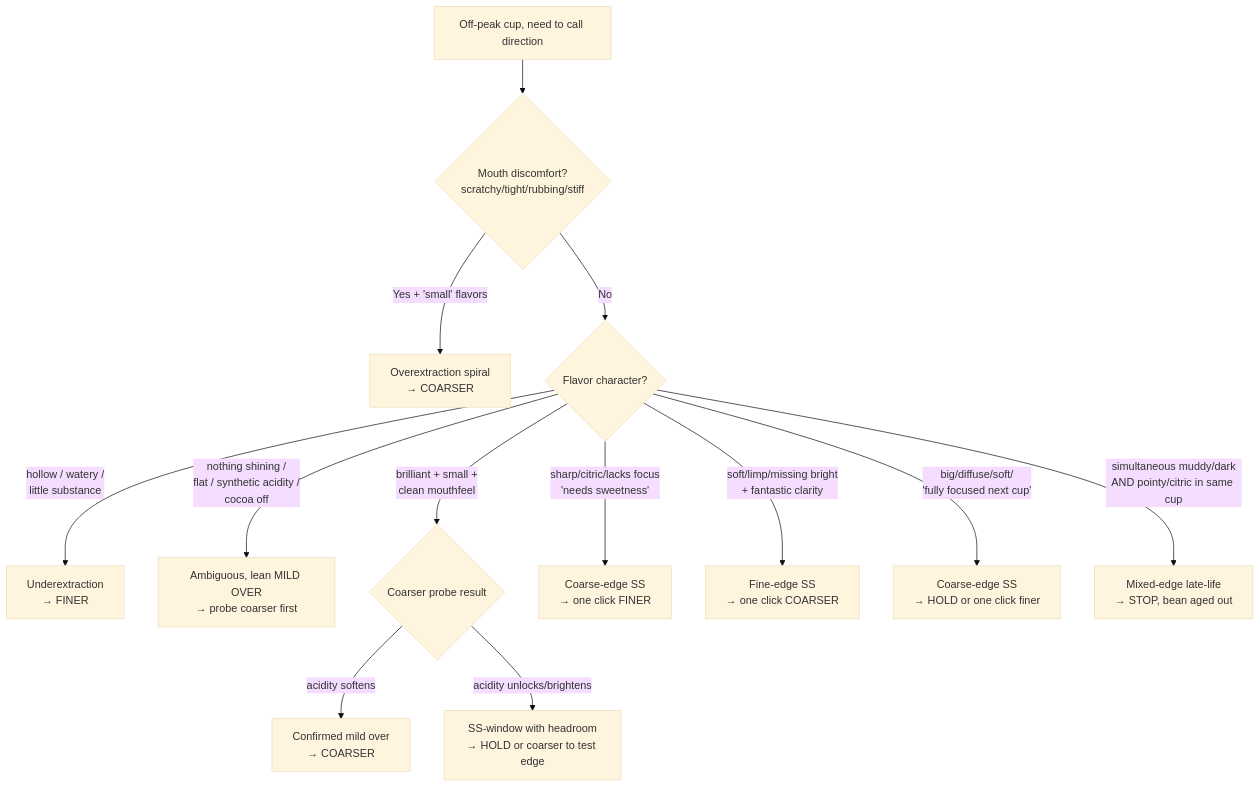
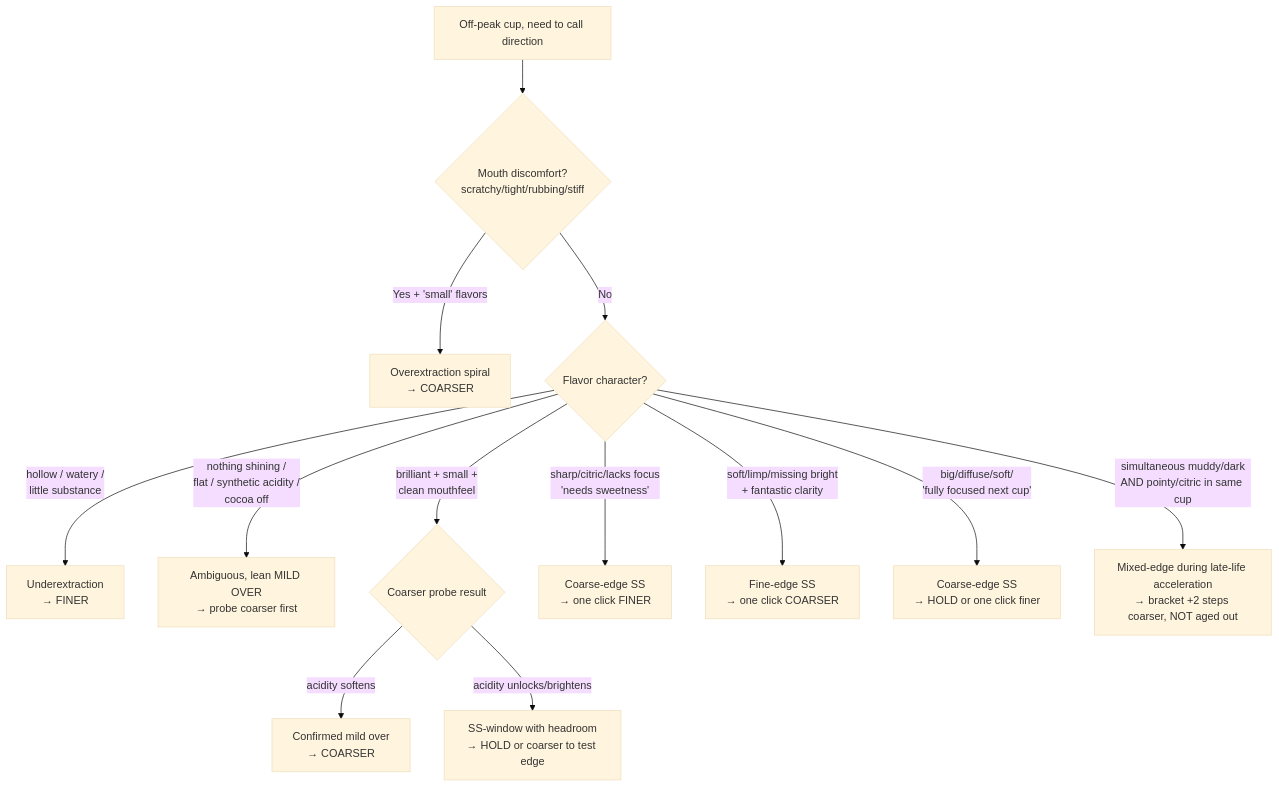
The fifth of 6 diagrams in joshua-martin/profile.md (manuscriptmastr/coffee-journal), drawn with Mermaid (base theme) before and after one commit. The commit also changed other lines of this file and 2 other files, not shown here.

Commit message:
Confirm Hydrangea late-life regime shift (Day 27+) at ~0.038/day; retract Pena 'aged out' verdict; clarify per-journal Day-counting convention

````diff
--- a/joshua-martin/profile.md
+++ b/joshua-martin/profile.md
@@ -334,15 +338,15 @@
 ```mermaid
 flowchart TD
     A[Off-peak cup, need to call direction] --> B{Mouth discomfort?<br/>scratchy/tight/rubbing/stiff}
     B -->|Yes + 'small' flavors| C[Overextraction spiral<br/>→ COARSER]
     B -->|No| D{Flavor character?}
     D -->|hollow / watery /<br/>little substance| E[Underextraction<br/>→ FINER]
     D -->|nothing shining /<br/>flat / synthetic acidity /<br/>cocoa off| F[Ambiguous, lean MILD OVER<br/>→ probe coarser first]
     D -->|brilliant + small +<br/>clean mouthfeel| G{Coarser probe result}
     G -->|acidity softens| H[Confirmed mild over<br/>→ COARSER]
     G -->|acidity unlocks/brightens| I[SS-window with headroom<br/>→ HOLD or coarser to test edge]
     D -->|sharp/citric/lacks focus<br/>'needs sweetness'| J[Coarse-edge SS<br/>→ one click FINER]
     D -->|soft/limp/missing bright<br/>+ fantastic clarity| K[Fine-edge SS<br/>→ one click COARSER]
     D -->|big/diffuse/soft/<br/>'fully focused next cup'| L[Coarse-edge SS<br/>→ HOLD or one click finer]
-    D -->|simultaneous muddy/dark<br/>AND pointy/citric in same cup| M[Mixed-edge late-life<br/>→ STOP, bean aged out]
+    D -->|simultaneous muddy/dark<br/>AND pointy/citric in same cup| M[Mixed-edge during late-life acceleration<br/>→ bracket +2 steps coarser, NOT aged out]
 ```
````
